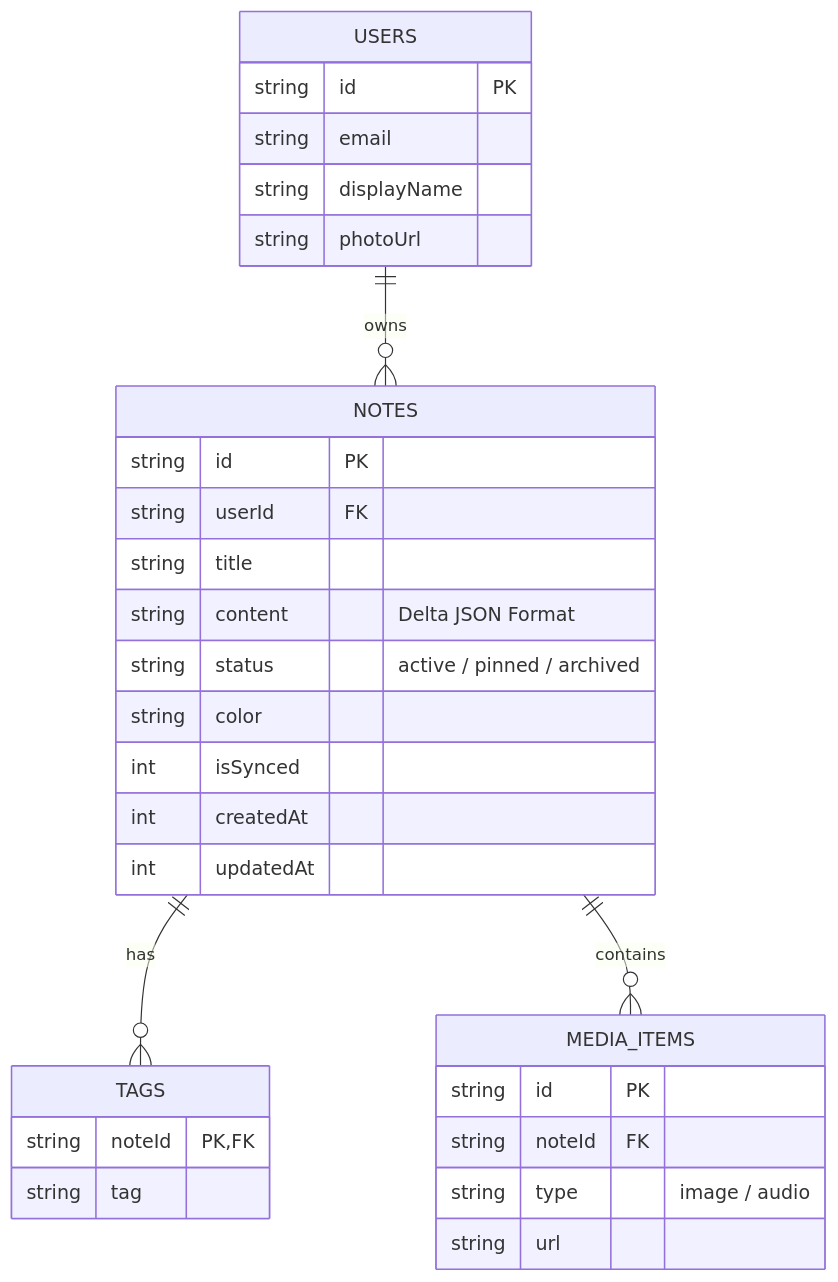
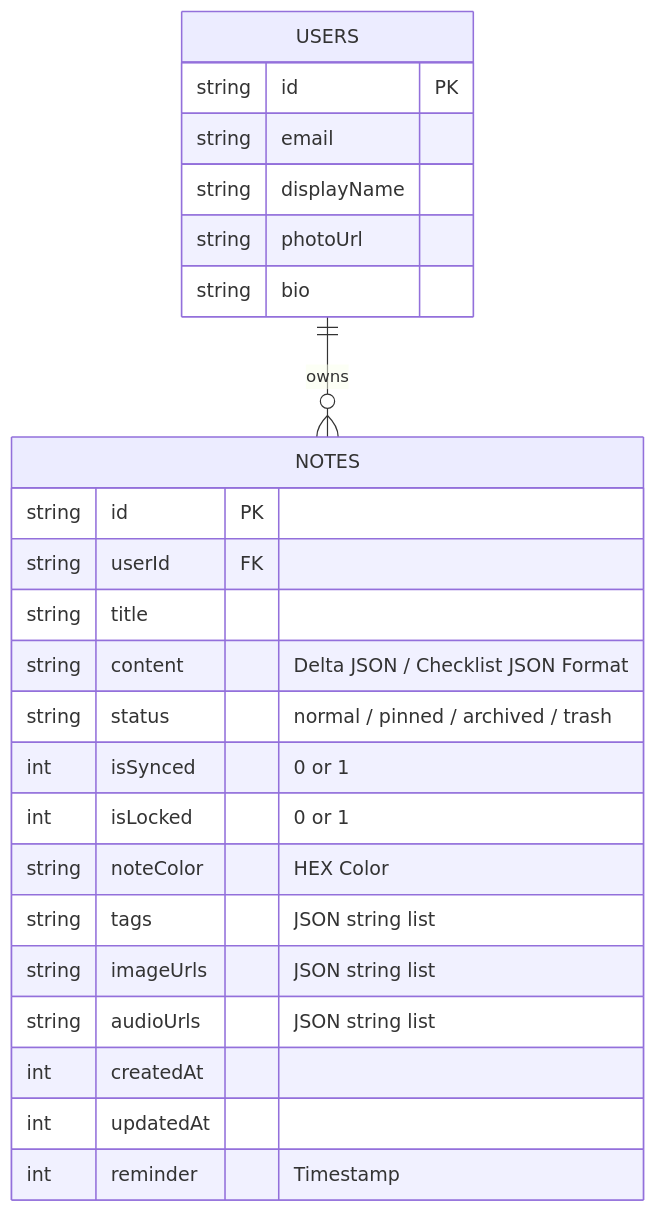
Before and after one commit to PVM-05/Smart-Note-App: the third of 3 diagrams in README.md, drawn with Mermaid. The commit also changed other lines of this file and 5 other files, not shown here.

````diff
--- a/README.md
+++ b/README.md
@@ -106,37 +125,29 @@
 ```mermaid
 erDiagram
     USERS {
         string id PK
         string email
         string displayName
         string photoUrl
+        string bio
     }
 
     NOTES {
         string id PK
         string userId FK
         string title
-        string content "Delta JSON Format"
-        string status "active / pinned / archived"
-        string color
-        int isSynced
+        string content "Delta JSON / Checklist JSON Format"
+        string status "normal / pinned / archived / trash"
+        int isSynced "0 or 1"
+        int isLocked "0 or 1"
+        string noteColor "HEX Color"
+        string tags "JSON string list"
+        string imageUrls "JSON string list"
+        string audioUrls "JSON string list"
         int createdAt
         int updatedAt
-    }
-
-    TAGS {
-        string noteId PK,FK
-        string tag
-    }
-
-    MEDIA_ITEMS {
-        string id PK
-        string noteId FK
-        string type "image / audio"
-        string url
+        int reminder "Timestamp"
     }
 
     USERS ||--o{ NOTES : owns
-    NOTES ||--o{ TAGS : has
-    NOTES ||--o{ MEDIA_ITEMS : contains
 ```
````
